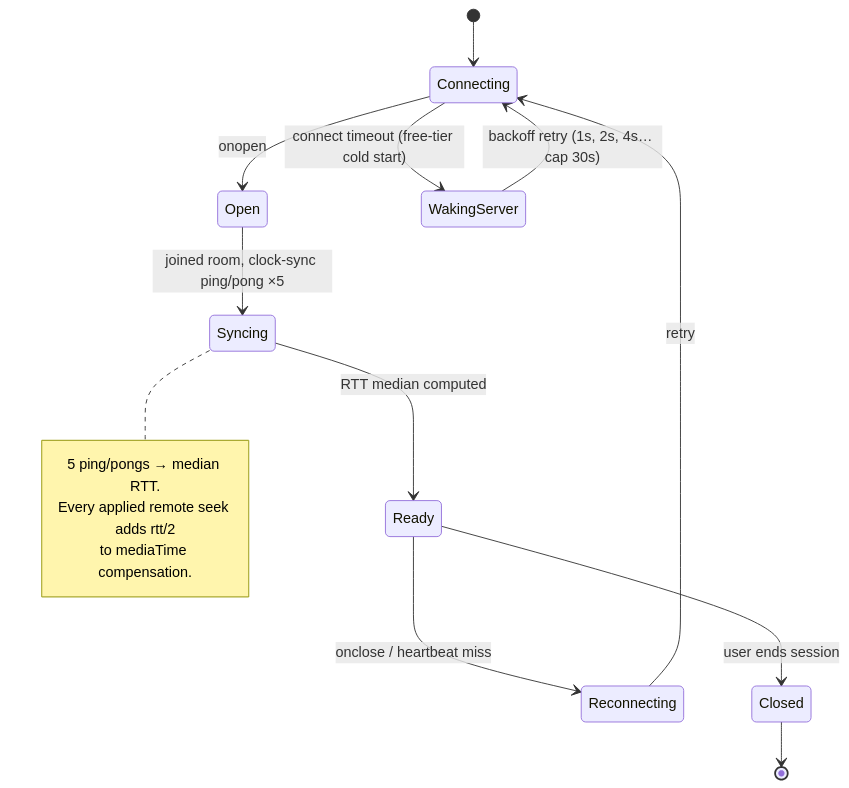
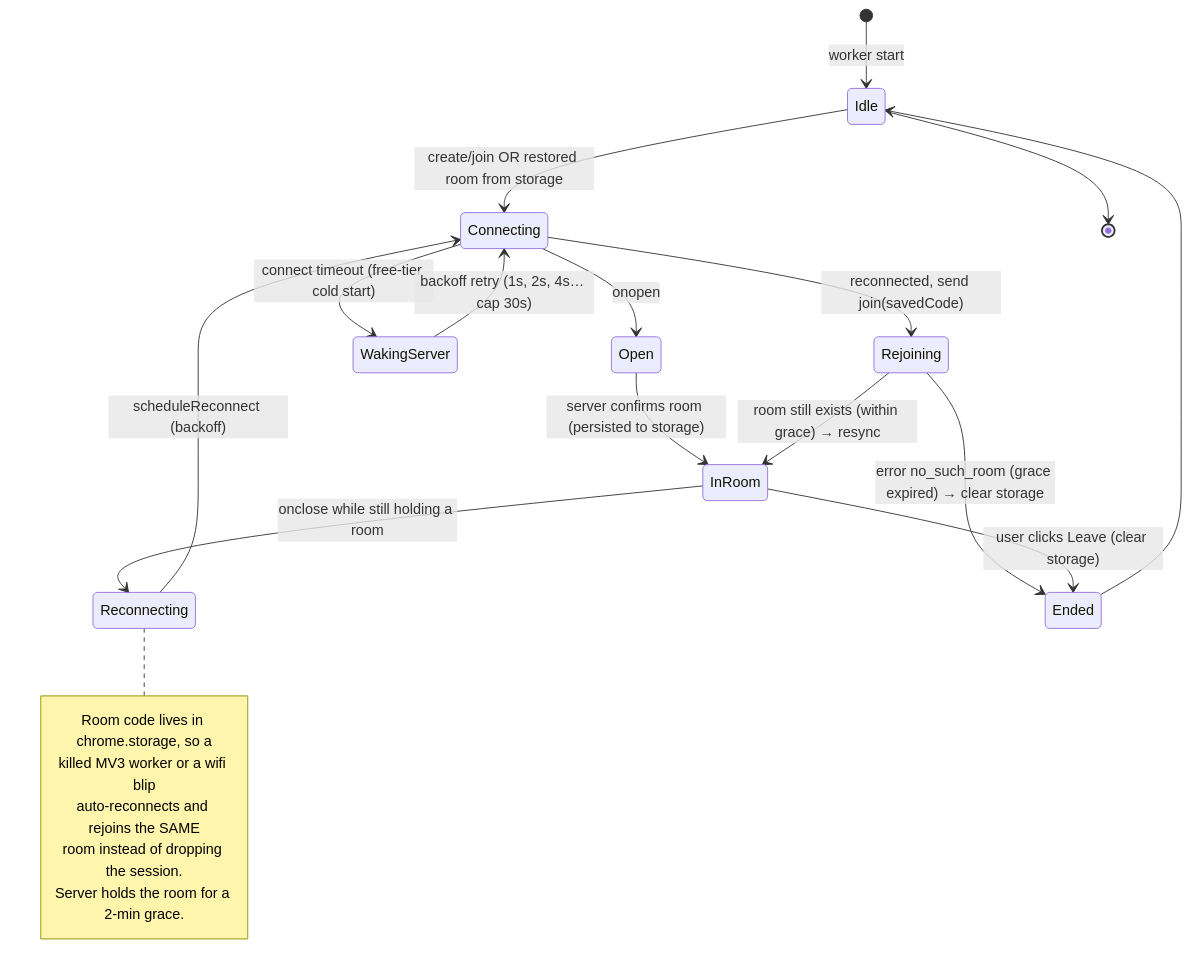
The third of 4 diagrams in docs/STATE-DIAGRAM.md (pradumya004/pawse), drawn with Mermaid before and after one commit. The commit also changed other lines of this file and 17 other files, not shown here.

````diff
--- a/docs/STATE-DIAGRAM.md
+++ b/docs/STATE-DIAGRAM.md
@@ -76,19 +76,25 @@
 ```mermaid
 stateDiagram-v2
-    [*] --> Connecting
+    [*] --> Idle: worker start
+    Idle --> Connecting: create/join OR restored room from storage
     Connecting --> Open: onopen
     Connecting --> WakingServer: connect timeout (free-tier cold start)
     WakingServer --> Connecting: backoff retry (1s, 2s, 4s… cap 30s)
-    Open --> Syncing: joined room, clock-sync ping/pong ×5
-    Syncing --> Ready: RTT median computed
-    Ready --> Reconnecting: onclose / heartbeat miss
-    Reconnecting --> Connecting: retry
-    Ready --> Closed: user ends session
-    Closed --> [*]
+    Open --> InRoom: server confirms room (persisted to storage)
+    InRoom --> Reconnecting: onclose while still holding a room
+    Reconnecting --> Connecting: scheduleReconnect (backoff)
+    Connecting --> Rejoining: reconnected, send join(savedCode)
+    Rejoining --> InRoom: room still exists (within grace) → resync
+    Rejoining --> Ended: error no_such_room (grace expired) → clear storage
+    InRoom --> Ended: user clicks Leave (clear storage)
+    Ended --> Idle
+    Idle --> [*]
 
-    note right of Syncing
-        5 ping/pongs → median RTT.
-        Every applied remote seek adds rtt/2
-        to mediaTime compensation.
+    note right of Reconnecting
+        Room code lives in chrome.storage, so a
+        killed MV3 worker or a wifi blip
+        auto-reconnects and rejoins the SAME
+        room instead of dropping the session.
+        Server holds the room for a 2-min grace.
     end note
 ```
````
